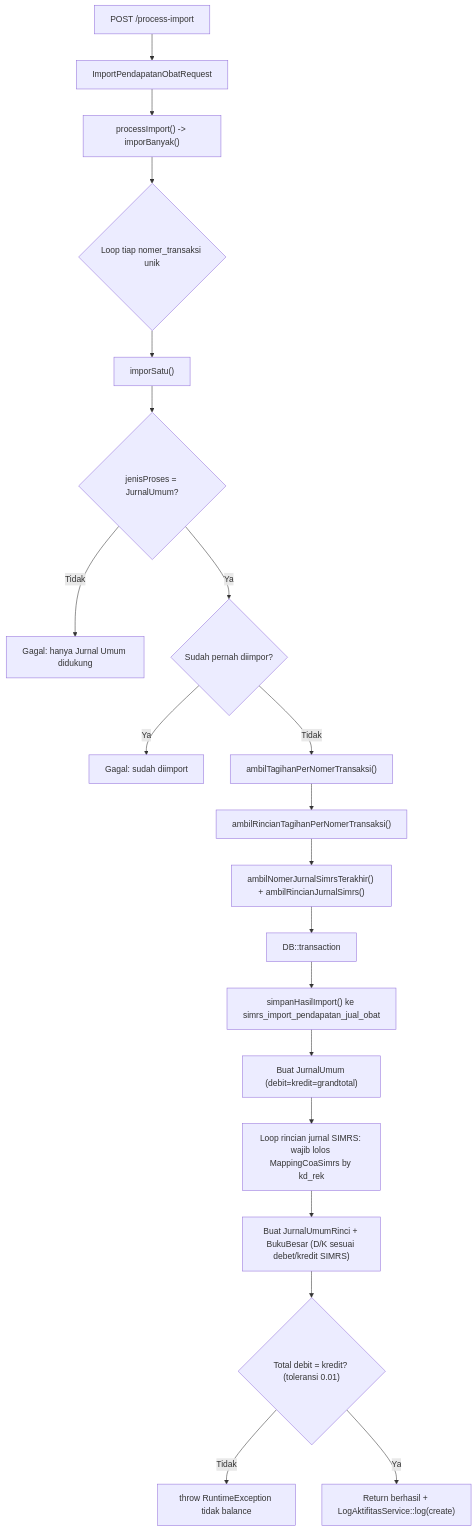
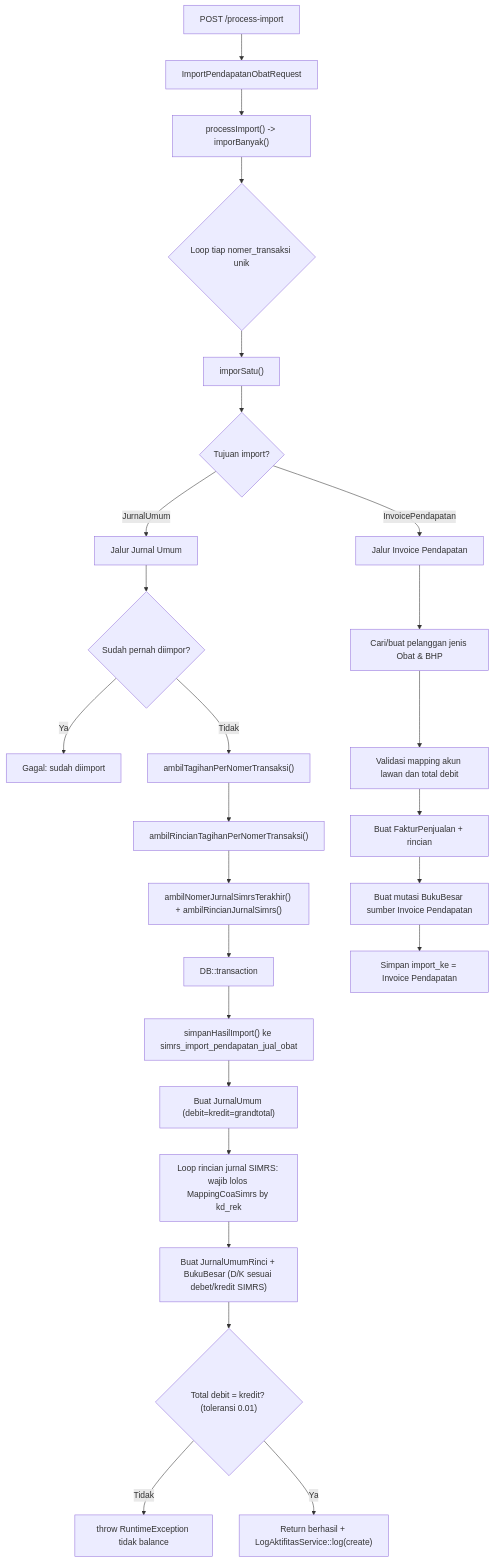
One commit to AltamaSidoarjo/laravel-siakurat-pt-smt changed the second of 3 diagrams in dokumentasi/bridging-pendapatan-obat.md. Above: the diagram before and after it, drawn with Mermaid. The commit also changed other lines of this file and 8 other files, not shown here.

Commit message:
Add invoice import for obat bridging

````diff
--- a/dokumentasi/bridging-pendapatan-obat.md
+++ b/dokumentasi/bridging-pendapatan-obat.md
@@ -70,22 +71,28 @@
 ```mermaid
 flowchart TD
     A["POST /process-import"] --> B["ImportPendapatanObatRequest"]
     B --> C["processImport() -> imporBanyak()"]
     C --> D{"Loop tiap nomer_transaksi unik"}
     D --> E["imporSatu()"]
-    E --> F{"jenisProses = JurnalUmum?"}
-    F -- Tidak --> G["Gagal: hanya Jurnal Umum didukung"]
-    F -- Ya --> H{"Sudah pernah diimpor?"}
+    E --> F{"Tujuan import?"}
+    F -- JurnalUmum --> G["Jalur Jurnal Umum"]
+    F -- InvoicePendapatan --> G2["Jalur Invoice Pendapatan"]
+    G --> H{"Sudah pernah diimpor?"}
     H -- Ya --> I["Gagal: sudah diimport"]
     H -- Tidak --> J["ambilTagihanPerNomerTransaksi()"]
     J --> K["ambilRincianTagihanPerNomerTransaksi()"]
     K --> L["ambilNomerJurnalSimrsTerakhir() + ambilRincianJurnalSimrs()"]
     L --> M["DB::transaction"]
     M --> N["simpanHasilImport() ke simrs_import_pendapatan_jual_obat"]
     N --> O["Buat JurnalUmum (debit=kredit=grandtotal)"]
     O --> P["Loop rincian jurnal SIMRS: wajib lolos MappingCoaSimrs by kd_rek"]
     P --> Q["Buat JurnalUmumRinci + BukuBesar (D/K sesuai debet/kredit SIMRS)"]
     Q --> R{"Total debit = kredit? (toleransi 0.01)"}
     R -- Tidak --> S["throw RuntimeException tidak balance"]
     R -- Ya --> T["Return berhasil + LogAktifitasService::log(create)"]
+    G2 --> U["Cari/buat pelanggan jenis Obat & BHP"]
+    U --> V["Validasi mapping akun lawan dan total debit"]
+    V --> W["Buat FakturPenjualan + rincian"]
+    W --> X["Buat mutasi BukuBesar sumber Invoice Pendapatan"]
+    X --> Y["Simpan import_ke = Invoice Pendapatan"]
 ```
````
